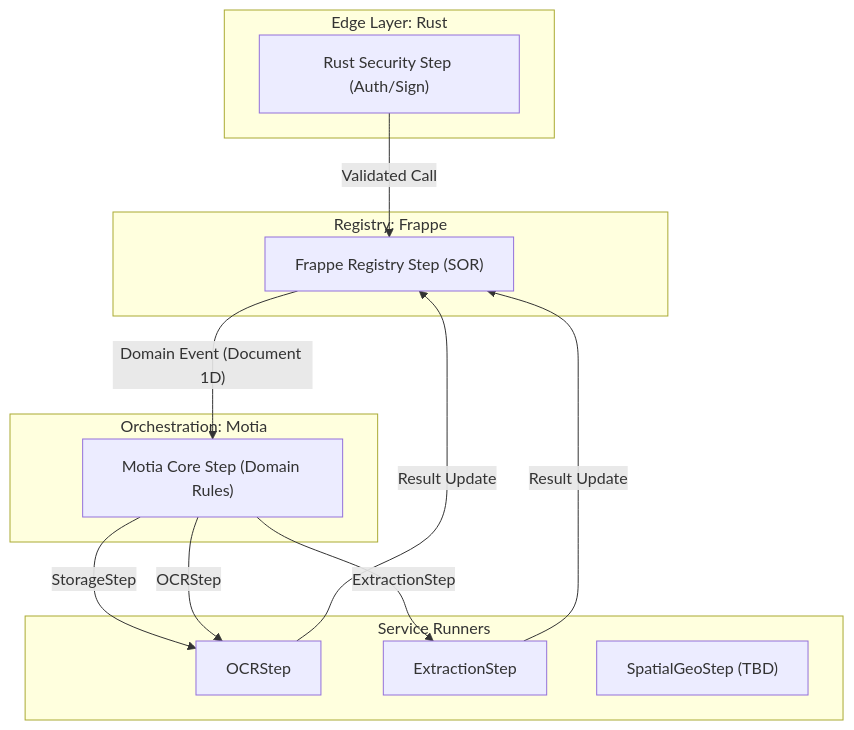
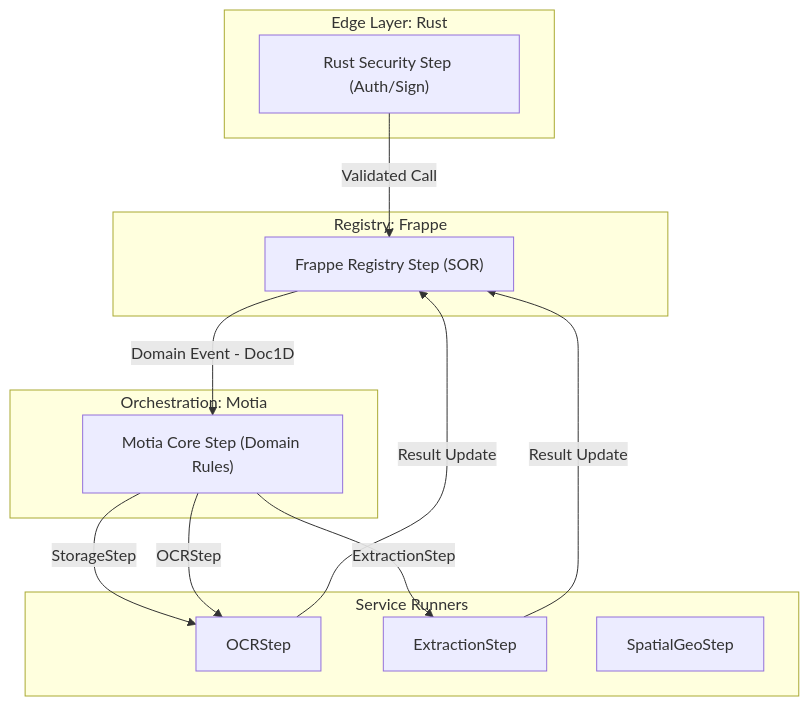
The diagram in documentation/ADMD.md (internetartsy/JK), drawn with Mermaid before and after one commit. The commit also changed 2 other files, not shown here.

Commit message:
Fix Mermaid syntax: Remove all parentheses from labels and simplify for GitHub

````diff
--- a/documentation/ADMD.md
+++ b/documentation/ADMD.md
@@ -29,29 +29,29 @@
 ```mermaid
 flowchart TD
     subgraph Edge_Infrastructure [Edge Layer: Rust]
         RS["Rust Security Step (Auth/Sign)"]
     end
 
     subgraph Registry_Layer [Registry: Frappe]
         FR["Frappe Registry Step (SOR)"]
     end
 
     subgraph Orchestration_Layer [Orchestration: Motia]
         MO["Motia Core Step (Domain Rules)"]
     end
 
     subgraph Execution_Layer [Service Runners]
         OS["OCRStep"]
         ES["ExtractionStep"]
-        SS["SpatialGeoStep (TBD)"]
+        SS["SpatialGeoStep"]
     end
 
     %% -- Logical Flow --
     RS -->|"Validated Call"| FR
-    FR -->|"Domain Event (Document 1D)"| MO
+    FR -->|"Domain Event - Doc1D"| MO
     MO -->|"StorageStep"| OS
     MO -->|"OCRStep"| OS
     MO -->|"ExtractionStep"| ES
     OS -->|"Result Update"| FR
     ES -->|"Result Update"| FR
 ```
````
